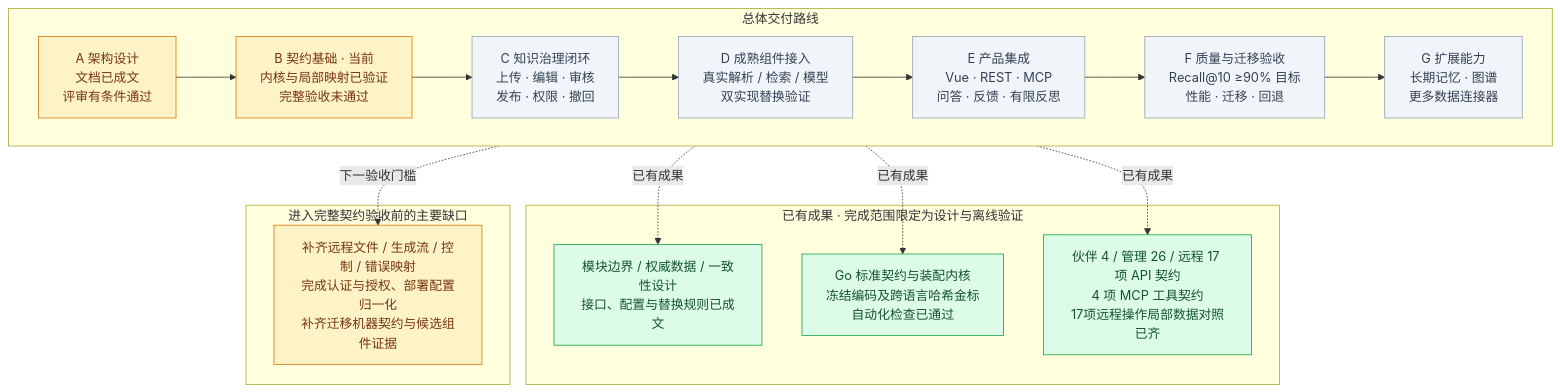
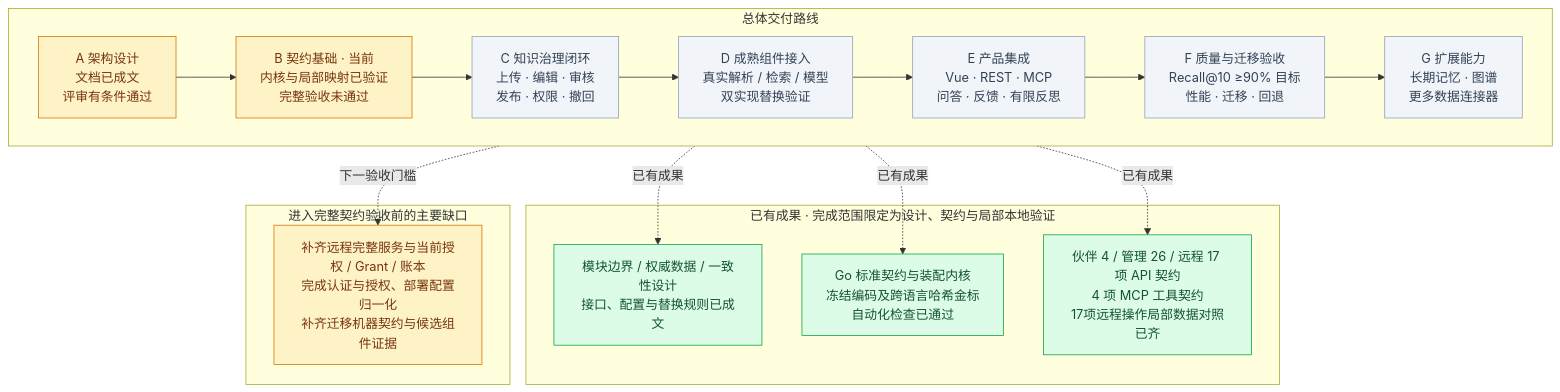
Before and after one commit to MemoryGet/memorys: the diagram in docs/PROGRESS.md, drawn with Mermaid. The commit also changed other lines of this file and 307 other files, not shown here.

````diff
--- a/docs/PROGRESS.md
+++ b/docs/PROGRESS.md
@@ -9,34 +9,34 @@
 ```mermaid
 flowchart TB
     subgraph ROAD[总体交付路线]
         direction LR
         A["A 架构设计<br/>文档已成文<br/>评审有条件通过"] --> B["B 契约基础 · 当前<br/>内核与局部映射已验证<br/>完整验收未通过"]
         B --> C["C 知识治理闭环<br/>上传 · 编辑 · 审核<br/>发布 · 权限 · 撤回"]
         C --> D["D 成熟组件接入<br/>真实解析 / 检索 / 模型<br/>双实现替换验证"]
         D --> E["E 产品集成<br/>Vue · REST · MCP<br/>问答 · 反馈 · 有限反思"]
         E --> F["F 质量与迁移验收<br/>Recall@10 ≥90% 目标<br/>性能 · 迁移 · 回退"]
         F --> G["G 扩展能力<br/>长期记忆 · 图谱<br/>更多数据连接器"]
     end
 
-    subgraph DONE[已有成果 · 完成范围限定为设计与离线验证]
+    subgraph DONE[已有成果 · 完成范围限定为设计、契约与局部本地验证]
         X["模块边界 / 权威数据 / 一致性设计<br/>接口、配置与替换规则已成文"]
         Y["Go 标准契约与装配内核<br/>冻结编码及跨语言哈希金标<br/>自动化检查已通过"]
         Z["伙伴 4 / 管理 26 / 远程 17 项 API 契约<br/>4 项 MCP 工具契约<br/>17项远程操作局部数据对照已齐"]
     end
 
     subgraph GATE[进入完整契约验收前的主要缺口]
-        H["补齐远程文件 / 生成流 / 控制 / 错误映射<br/>完成认证与授权、部署配置归一化<br/>补齐迁移机器契约与候选组件证据"]
+        H["补齐远程完整服务与当前授权 / Grant / 账本<br/>完成认证与授权、部署配置归一化<br/>补齐迁移机器契约与候选组件证据"]
     end
 
     A -.已有成果.-> X
     B -.已有成果.-> Y
     B -.已有成果.-> Z
     B -.下一验收门槛.-> H
 
     classDef done fill:#dcfce7,stroke:#16a34a,color:#14532d;
     classDef partial fill:#fef3c7,stroke:#d97706,color:#78350f;
     classDef pending fill:#f1f5f9,stroke:#94a3b8,color:#334155;
     class A,B,H partial;
     class X,Y,Z done;
     class C,D,E,F,G pending;
 ```
````
